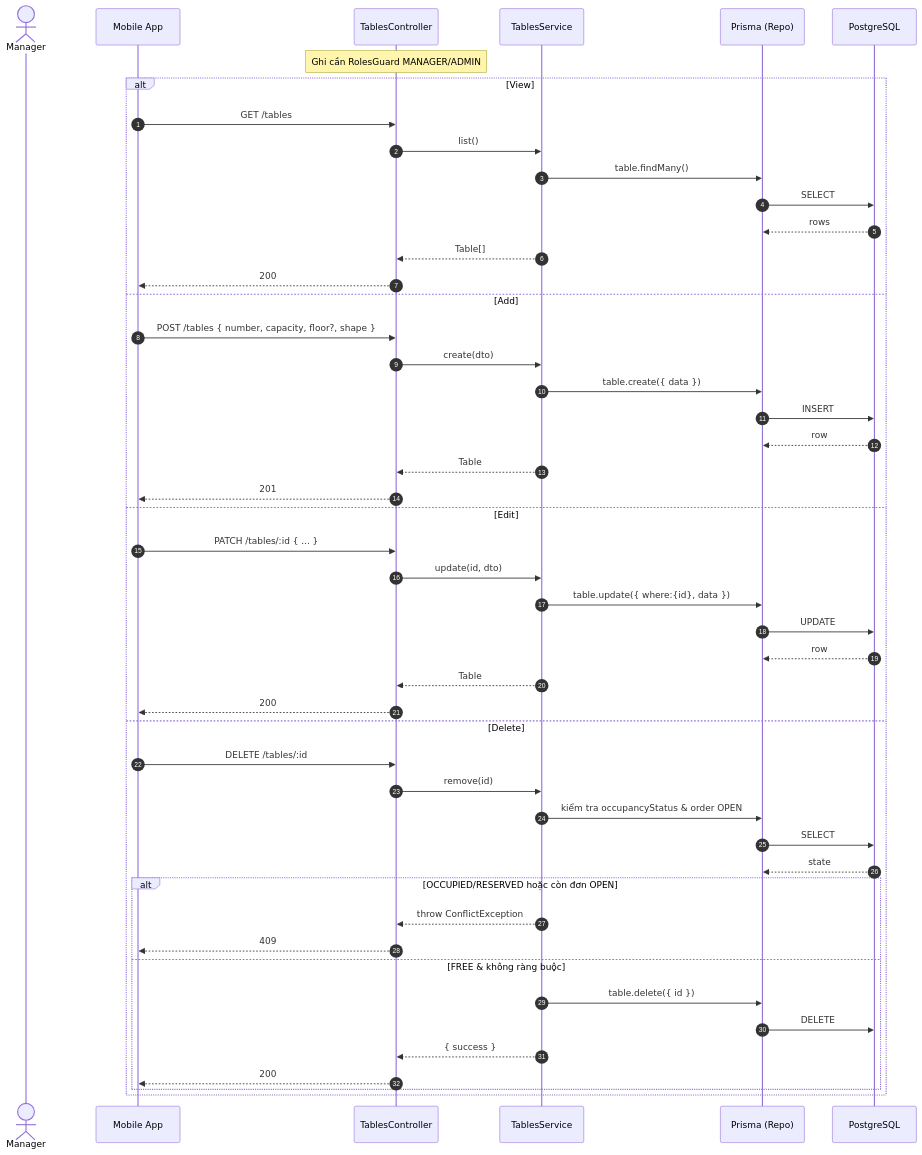
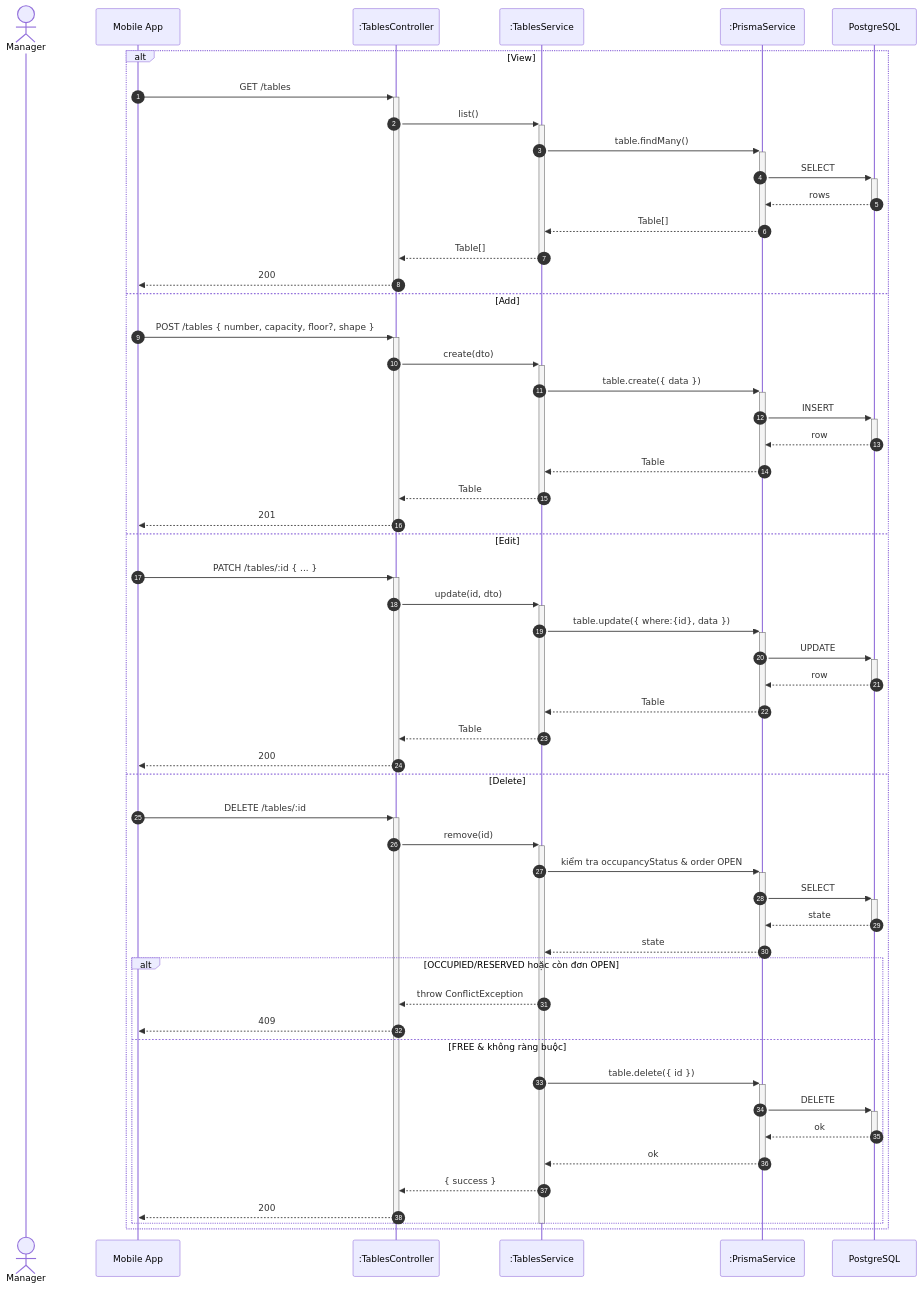
Diagram 14 of 16 in docs/sequence-diagrams.md (callmehai/Cafe-Shop-Management-System), drawn with Mermaid before and after one commit. The commit also changed other lines of this file and 1 other file, not shown here.

Commit message:
docs: add sequence and class diagrams for system architecture and use case implementation

````diff
--- a/docs/sequence-diagrams.md
+++ b/docs/sequence-diagrams.md
@@ -675,53 +702,59 @@
 ```mermaid
 sequenceDiagram
     autonumber
     actor M as Manager
     participant App as Mobile App
-    participant API as TablesController
-    participant SVC as TablesService
-    participant ORM as Prisma (Repo)
+    participant API as :TablesController
+    participant SVC as :TablesService
+    participant ORM as :PrismaService
     participant DB as PostgreSQL
 
-    Note over API: Ghi cần RolesGuard MANAGER/ADMIN
-
     alt View
-        App->>API: GET /tables
-        API->>SVC: list()
-        SVC->>ORM: table.findMany()
-        ORM->>DB: SELECT
-        DB-->>ORM: rows
-        SVC-->>API: Table[]
-        API-->>App: 200
+        App->>+API: GET /tables
+        API->>+SVC: list()
+        SVC->>+ORM: table.findMany()
+        ORM->>+DB: SELECT
+        DB-->>-ORM: rows
+        ORM-->>-SVC: Table[]
+        SVC-->>-API: Table[]
+        API-->>-App: 200
     else Add
-        App->>API: POST /tables { number, capacity, floor?, shape }
-        API->>SVC: create(dto)
-        SVC->>ORM: table.create({ data })
-        ORM->>DB: INSERT
-        DB-->>ORM: row
-        SVC-->>API: Table
-        API-->>App: 201
+        App->>+API: POST /tables { number, capacity, floor?, shape }
+        API->>+SVC: create(dto)
+        SVC->>+ORM: table.create({ data })
+        ORM->>+DB: INSERT
+        DB-->>-ORM: row
+        ORM-->>-SVC: Table
+        SVC-->>-API: Table
+        API-->>-App: 201
     else Edit
-        App->>API: PATCH /tables/:id { ... }
-        API->>SVC: update(id, dto)
-        SVC->>ORM: table.update({ where:{id}, data })
-        ORM->>DB: UPDATE
-        DB-->>ORM: row
-        SVC-->>API: Table
-        API-->>App: 200
+        App->>+API: PATCH /tables/:id { ... }
+        API->>+SVC: update(id, dto)
+        SVC->>+ORM: table.update({ where:{id}, data })
+        ORM->>+DB: UPDATE
+        DB-->>-ORM: row
+        ORM-->>-SVC: Table
+        SVC-->>-API: Table
+        API-->>-App: 200
     else Delete
-        App->>API: DELETE /tables/:id
-        API->>SVC: remove(id)
-        SVC->>ORM: kiểm tra occupancyStatus & order OPEN
-        ORM->>DB: SELECT
-        DB-->>ORM: state
+        App->>+API: DELETE /tables/:id
+        API->>+SVC: remove(id)
+        SVC->>+ORM: kiểm tra occupancyStatus & order OPEN
+        ORM->>+DB: SELECT
+        DB-->>-ORM: state
+        ORM-->>-SVC: state
         alt OCCUPIED/RESERVED hoặc còn đơn OPEN
             SVC-->>API: throw ConflictException
             API-->>App: 409
         else FREE & không ràng buộc
-            SVC->>ORM: table.delete({ id })
-            ORM->>DB: DELETE
+            SVC->>+ORM: table.delete({ id })
+            ORM->>+DB: DELETE
+            DB-->>-ORM: ok
+            ORM-->>-SVC: ok
             SVC-->>API: { success }
             API-->>App: 200
         end
+        deactivate SVC
+        deactivate API
     end
 ```
````
